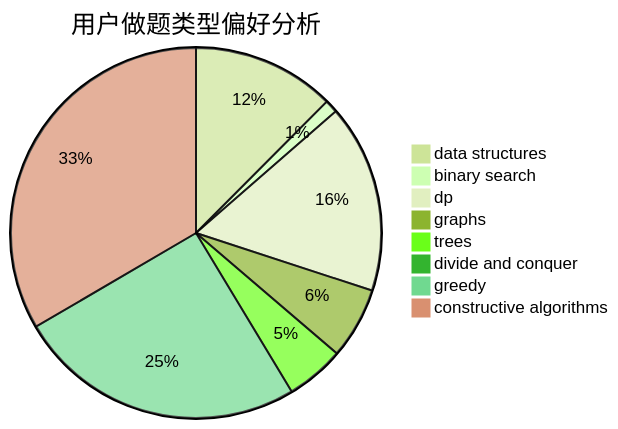
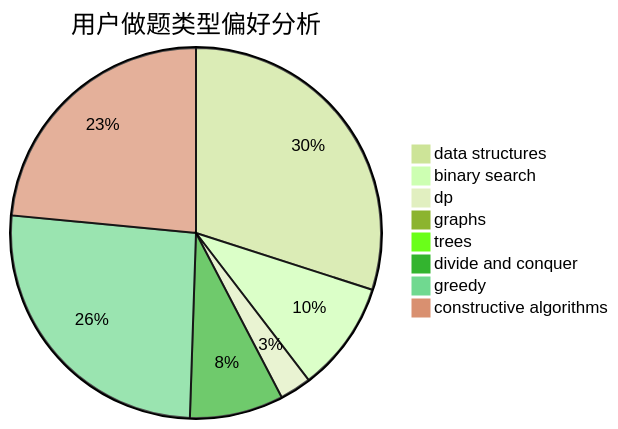
Before and after one commit to sherpahu/cfrs.github.io: the second of 3 diagrams in docs/user/u1625.md, drawn with Mermaid (forest theme). The commit also changed other lines of this file and 2770 other files, not shown here.

````diff
--- a/docs/user/u1625.md
+++ b/docs/user/u1625.md
@@ -23,11 +23,11 @@
 ```mermaid
 pie title 用户做题类型偏好分析
-    "data structures" :  44
-    "binary search" :  4
-    "dp" :  58
-    "graphs" :  22
-    "trees" :  18
-    "divide and conquer" :  0
-    "greedy" :  89
-    "constructive algorithms" :  118
+    "data structures" :  370
+    "binary search" :  119
+    "dp" :  34
+    "graphs" :  12
+    "trees" :  1
+    "divide and conquer" :  101
+    "greedy" :  321
+    "constructive algorithms" :  290
 ```
````
